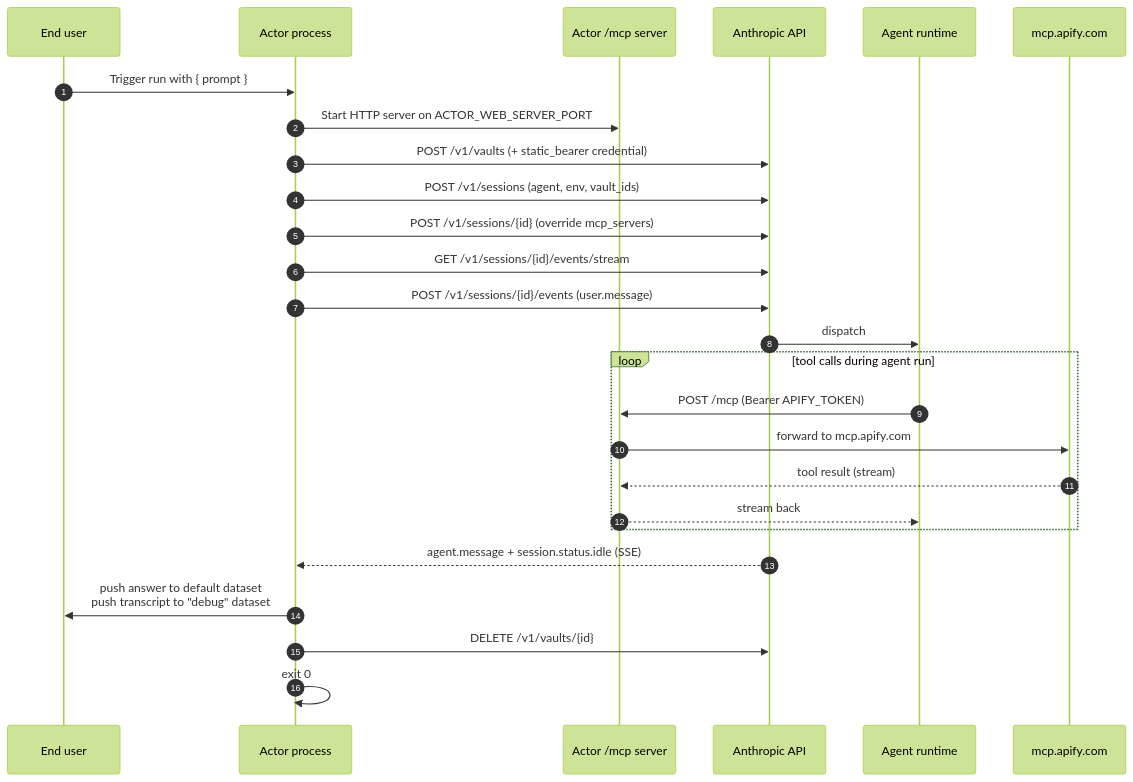
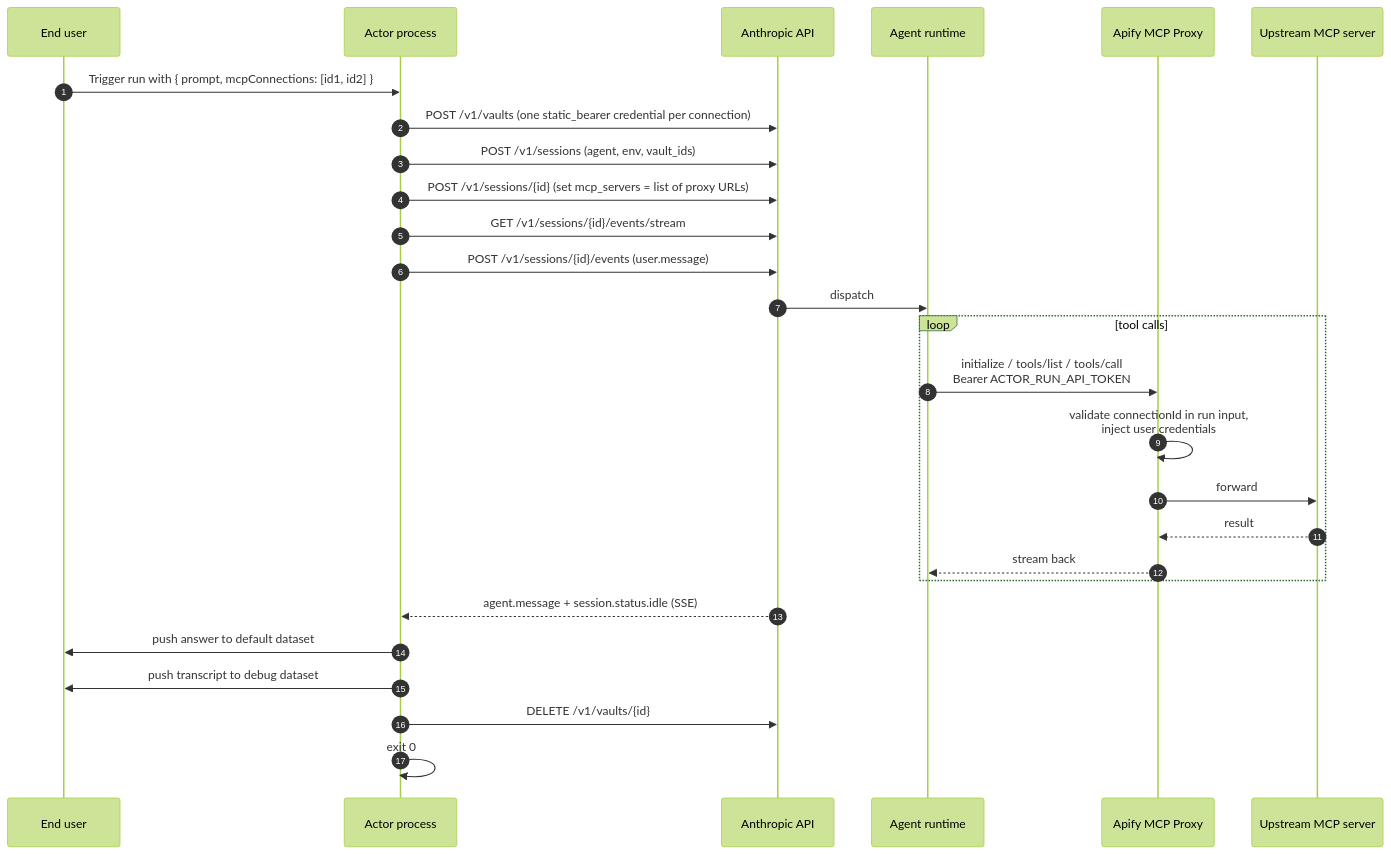
The second of 2 diagrams in PLAN.md (apify/actor-claude-managed-agent), drawn with Mermaid (forest theme) before and after one commit. The commit also changed other lines of this file, not shown here.

Commit message:
docs(plan): switch to Option A — Anthropic agent talks to MCP Proxy directly

````diff
--- a/PLAN.md
+++ b/PLAN.md
@@ -44,29 +53,30 @@
 ```mermaid
 sequenceDiagram
     autonumber
     participant U as End user
     participant A as Actor process
-    participant W as Actor /mcp server
     participant N as Anthropic API
     participant G as Agent runtime
-    participant M as mcp.apify.com
+    participant P as Apify MCP Proxy
+    participant X as Upstream MCP server
 
-    U->>A: Trigger run with { prompt }
-    A->>W: Start HTTP server on ACTOR_WEB_SERVER_PORT
-    A->>N: POST /v1/vaults (+ static_bearer credential)
+    U->>A: Trigger run with { prompt, mcpConnections: [id1, id2] }
+    A->>N: POST /v1/vaults (one static_bearer credential per connection)
     A->>N: POST /v1/sessions (agent, env, vault_ids)
-    A->>N: POST /v1/sessions/{id} (override mcp_servers)
+    A->>N: POST /v1/sessions/{id} (set mcp_servers = list of proxy URLs)
     A->>N: GET /v1/sessions/{id}/events/stream
     A->>N: POST /v1/sessions/{id}/events (user.message)
     N->>G: dispatch
-    loop tool calls during agent run
-        G->>W: POST /mcp (Bearer APIFY_TOKEN)
-        W->>M: forward to mcp.apify.com
-        M-->>W: tool result (stream)
-        W-->>G: stream back
+    loop tool calls
+        G->>P: initialize / tools/list / tools/call<br/>Bearer ACTOR_RUN_API_TOKEN
+        P->>P: validate connectionId in run input,<br/>inject user credentials
+        P->>X: forward
+        X-->>P: result
+        P-->>G: stream back
     end
     N-->>A: agent.message + session.status.idle (SSE)
-    A->>U: push answer to default dataset<br/>push transcript to "debug" dataset
+    A->>U: push answer to default dataset
+    A->>U: push transcript to debug dataset
     A->>N: DELETE /v1/vaults/{id}
     A->>A: exit 0
 ```
````
